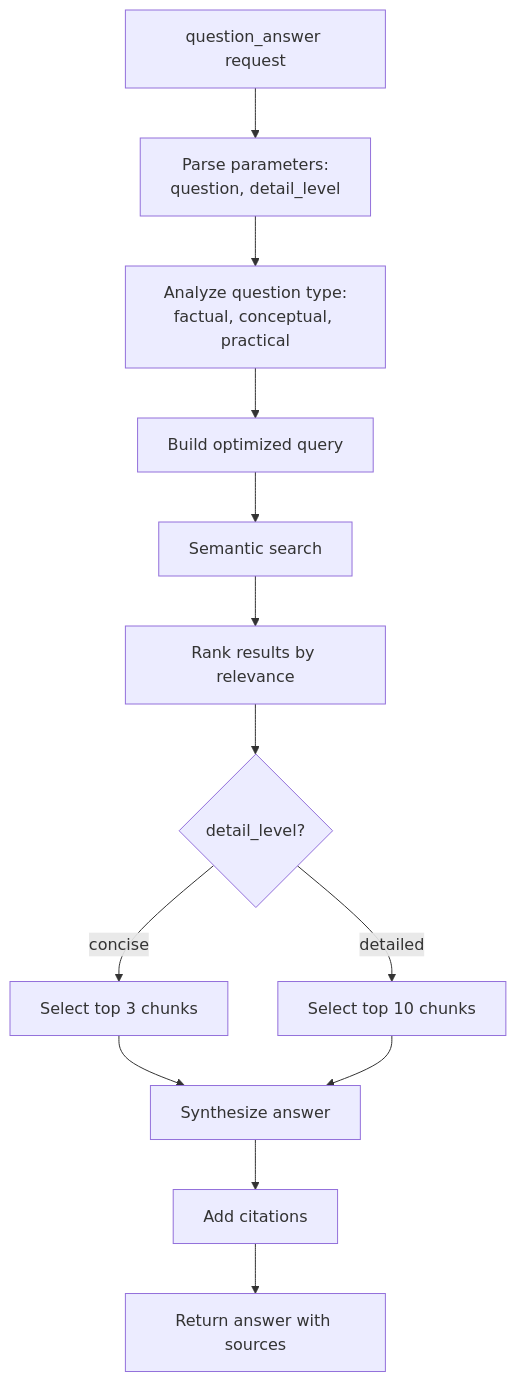
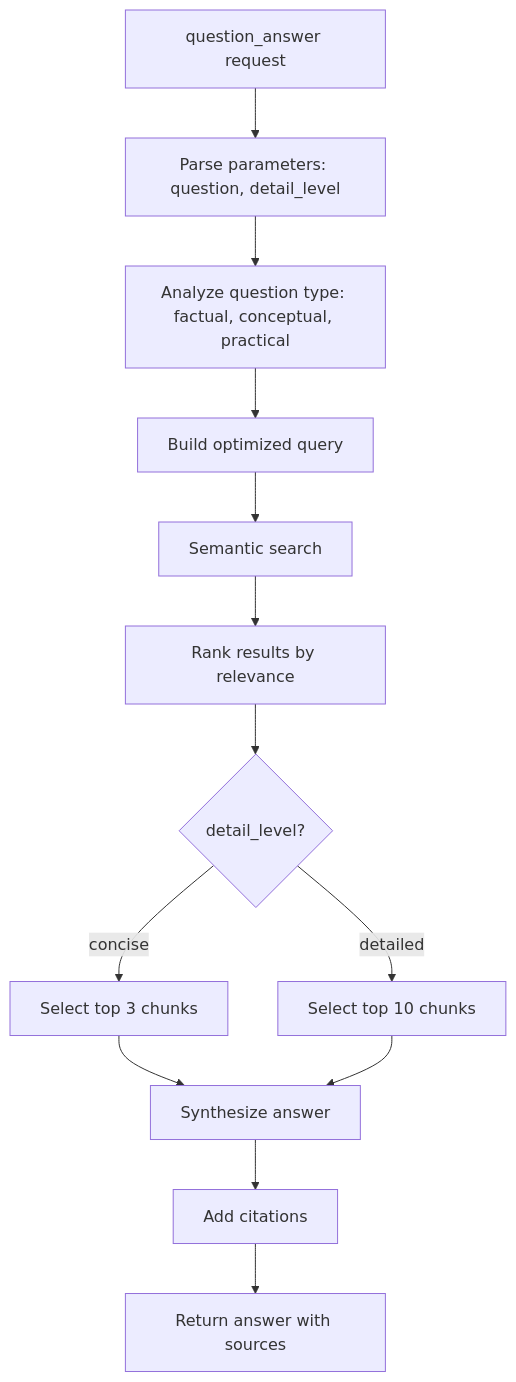
Before and after one commit to hpoliset/PersonalDocLibraryRAGMCP: diagram 13 of 22 in docs/ARCHITECTURE.md, drawn with Mermaid. The commit also changed other lines of this file and 2 other files, not shown here.

First line of the commit message:
Update documentation with upgrade instructions and fix architecture diagrams

````diff
--- a/docs/ARCHITECTURE.md
+++ b/docs/ARCHITECTURE.md
@@ -373,15 +355,15 @@
 ```mermaid
-flowchart TD
-    START[question_answer request] --> PARAMS[Parse parameters:<br/>question, detail_level]
-    PARAMS --> ANALYZE_Q[Analyze question type:<br/>factual, conceptual, practical]
+graph TD
+    START[question_answer request] --> PARAMS[Parse parameters: question, detail_level]
+    PARAMS --> ANALYZE_Q[Analyze question type: factual, conceptual, practical]
     ANALYZE_Q --> BUILD_QUERY[Build optimized query]
     BUILD_QUERY --> SEARCH[Semantic search]
     SEARCH --> RANK[Rank results by relevance]
     RANK --> DETAIL{detail_level?}
     DETAIL -->|concise| SELECT_TOP[Select top 3 chunks]
     DETAIL -->|detailed| SELECT_MORE[Select top 10 chunks]
     SELECT_TOP --> SYNTHESIZE[Synthesize answer]
     SELECT_MORE --> SYNTHESIZE
     SYNTHESIZE --> CITE[Add citations]
     CITE --> RESPONSE[Return answer with sources]
 ```
````
